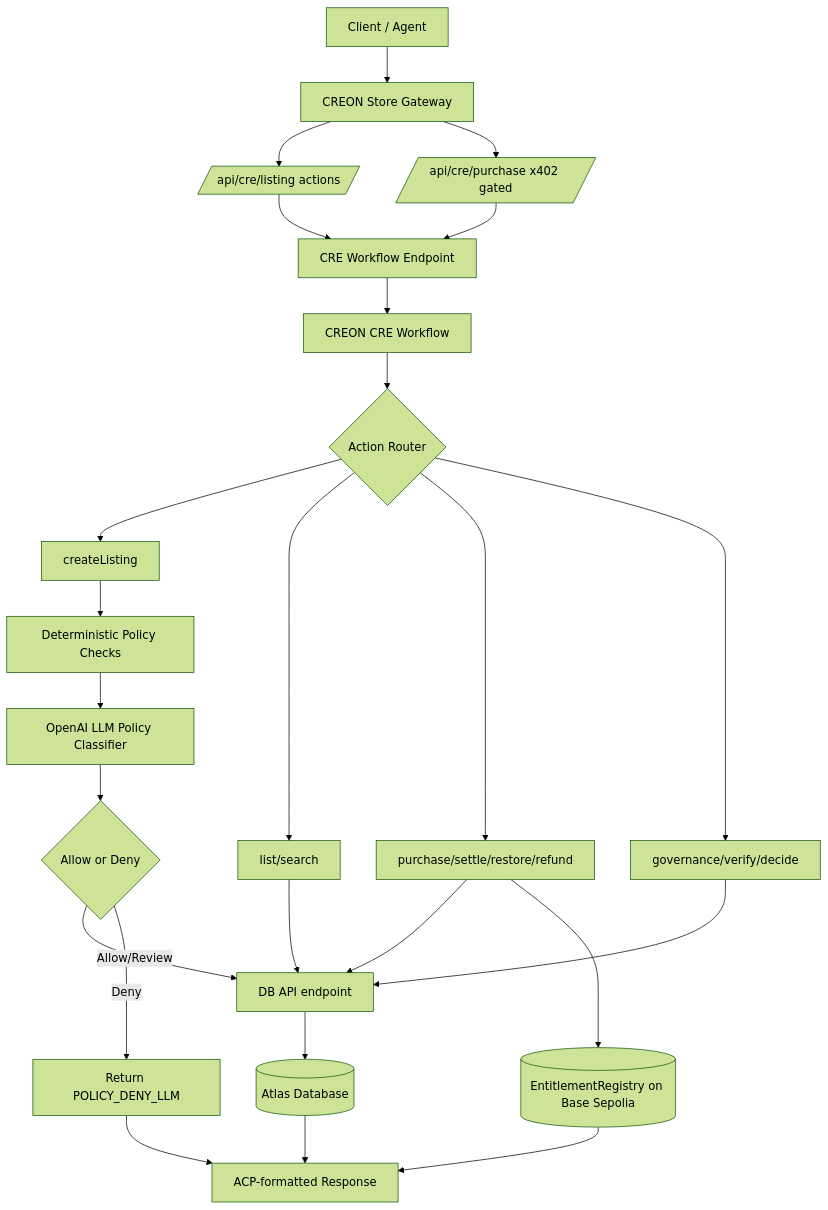
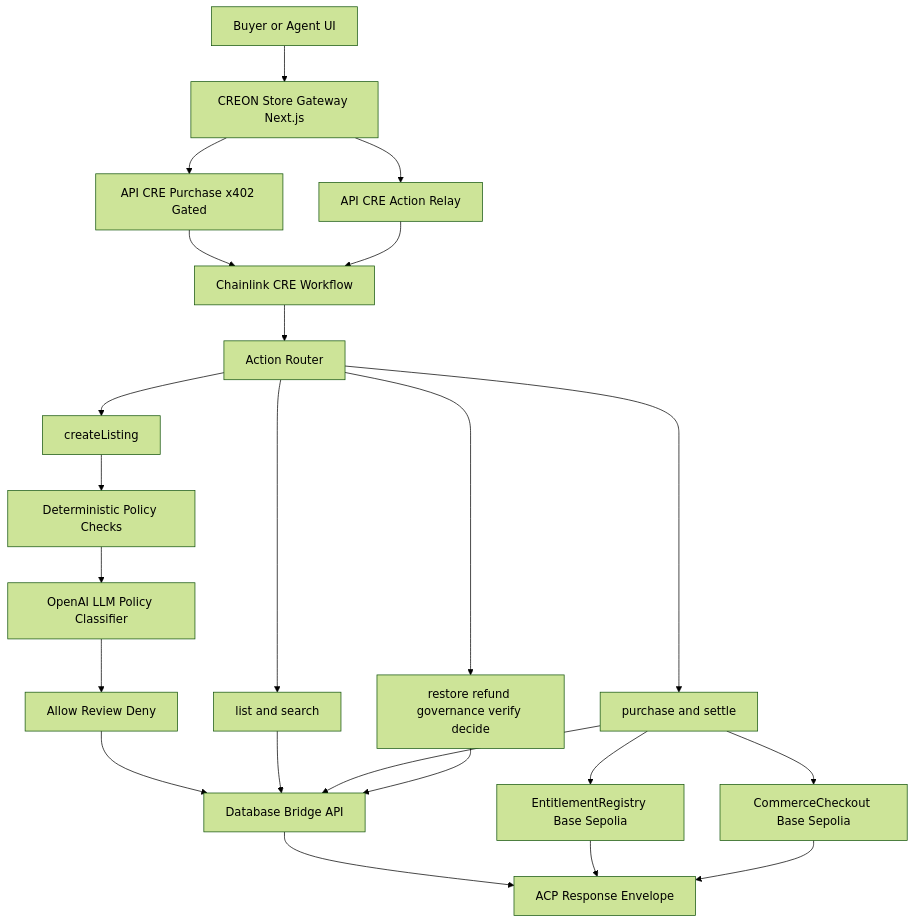
The diagram in README.md (raldblox/creon), drawn with Mermaid (forest theme) before and after one commit. The commit also changed other lines of this file, not shown here.

````diff
--- a/README.md
+++ b/README.md
@@ -16,32 +21,28 @@
 ```mermaid
 flowchart TD
-  A[Client / Agent] --> B[CREON Store Gateway]
-  B --> C[/api/cre/listing actions/]
-  B --> D[/api/cre/purchase x402 gated/]
-  C --> E[CRE Workflow Endpoint]
+  A[Buyer or Agent UI] --> B[CREON Store Gateway Next.js]
+  B --> C[API CRE Purchase x402 Gated]
+  B --> D[API CRE Action Relay]
+  C --> E[Chainlink CRE Workflow]
   D --> E
-  E --> F[CREON CRE Workflow]
-  F --> G{Action Router}
 
-  G --> H[createListing]
-  G --> I[list/search]
-  G --> J[purchase/settle/restore/refund]
-  G --> K[governance/verify/decide]
+  E --> F[Action Router]
+  F --> G[createListing]
+  F --> H[list and search]
+  F --> I[purchase and settle]
+  F --> J[restore refund governance verify decide]
 
-  H --> L[Deterministic Policy Checks]
-  L --> M[OpenAI LLM Policy Classifier]
-  M --> N{Allow or Deny}
-  N -->|Allow/Review| O[DB API endpoint]
-  N -->|Deny| P[Return POLICY_DENY_LLM]
+  G --> K[Deterministic Policy Checks]
+  K --> L[OpenAI LLM Policy Classifier]
+  L --> M[Allow Review Deny]
+  M --> N[Database Bridge API]
+  H --> N
+  I --> N
+  J --> N
 
-  I --> O
-  J --> O
-  K --> O
-
-  O --> Q[(Atlas Database)]
-  J --> R[(EntitlementRegistry on Base Sepolia)]
-
-  Q --> S[ACP-formatted Response]
-  R --> S
-  P --> S
+  I --> O[EntitlementRegistry Base Sepolia]
+  I --> P[CommerceCheckout Base Sepolia]
+  N --> Q[ACP Response Envelope]
+  O --> Q
+  P --> Q
 ```
````
